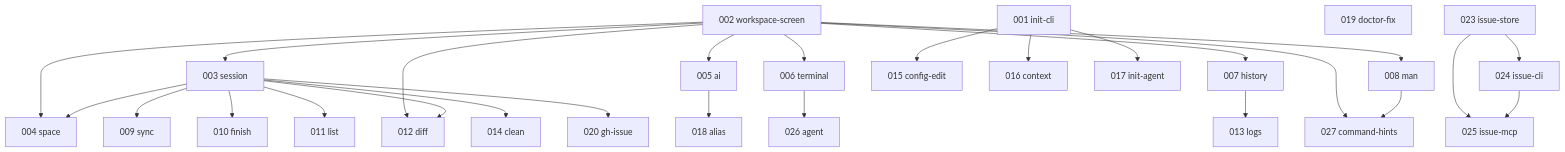
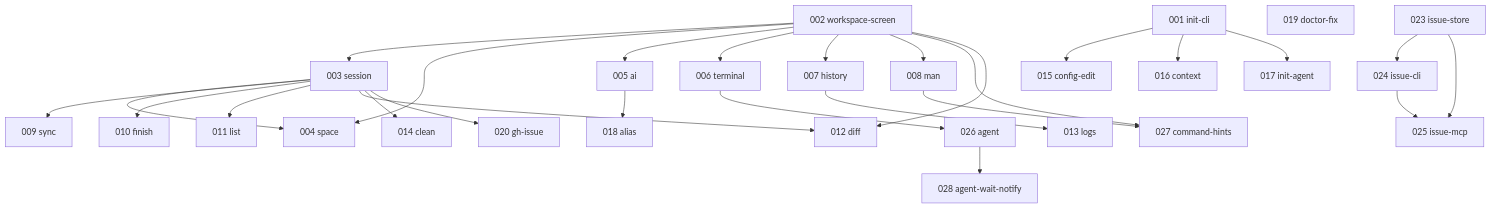
One commit to kkyosuke/usagi changed the diagram in issues/README.md. Above: the diagram before and after it, drawn with Mermaid. The commit also changed other lines of this file and 16 other files, not shown here.

````diff
--- a/issues/README.md
+++ b/issues/README.md
@@ -46,34 +47,35 @@
 ```mermaid
 graph TD
     001[001 init-cli]
     002[002 workspace-screen]
     003[003 session]
     019[019 doctor-fix]
 
     002 --> 003
     002 --> 004[004 space]
     003 --> 004
     002 --> 005[005 ai]
     002 --> 006[006 terminal]
     006 --> 026[026 agent]
+    026 --> 028[028 agent-wait-notify]
     002 --> 007[007 history]
     002 --> 008[008 man]
     002 --> 027[027 command-hints]
     008 --> 027
     003 --> 009[009 sync]
     003 --> 010[010 finish]
     003 --> 011[011 list]
     002 --> 012[012 diff]
     003 --> 012
     007 --> 013[013 logs]
     003 --> 014[014 clean]
     001 --> 015[015 config-edit]
     001 --> 016[016 context]
     001 --> 017[017 init-agent]
     005 --> 018[018 alias]
     003 --> 020[020 gh-issue]
     023[023 issue-store]
     023 --> 024[024 issue-cli]
     023 --> 025[025 issue-mcp]
     024 --> 025
 ```
````
